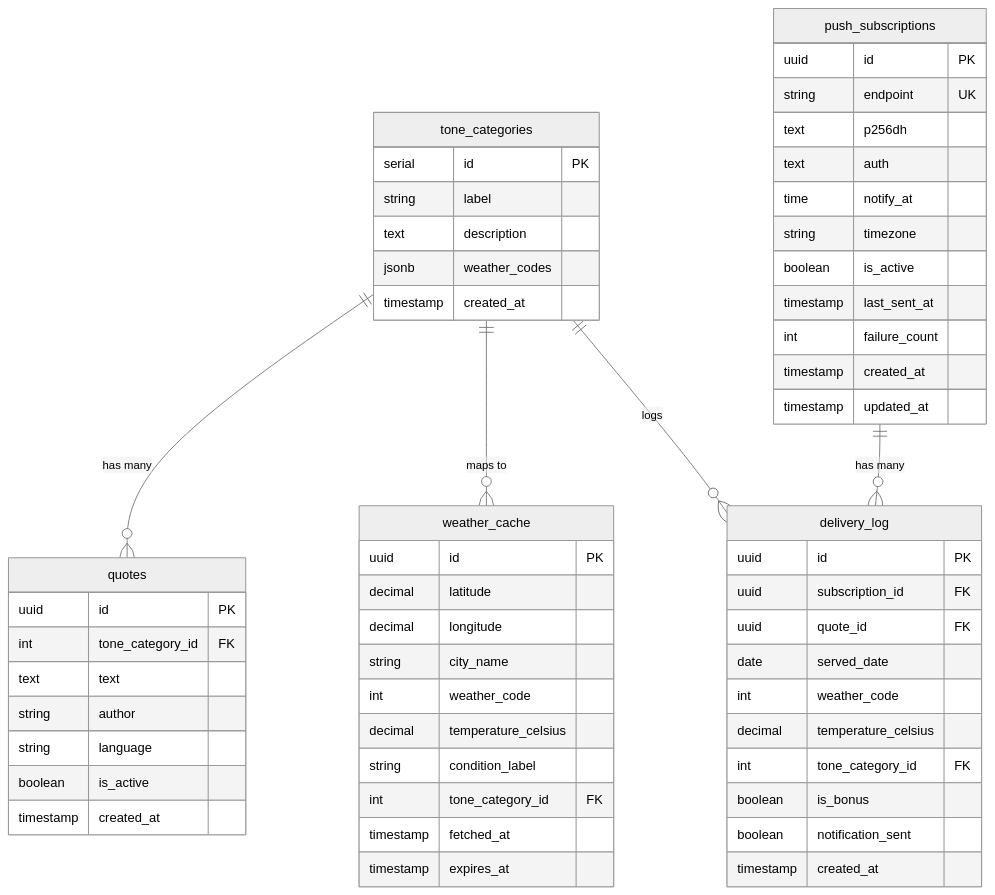
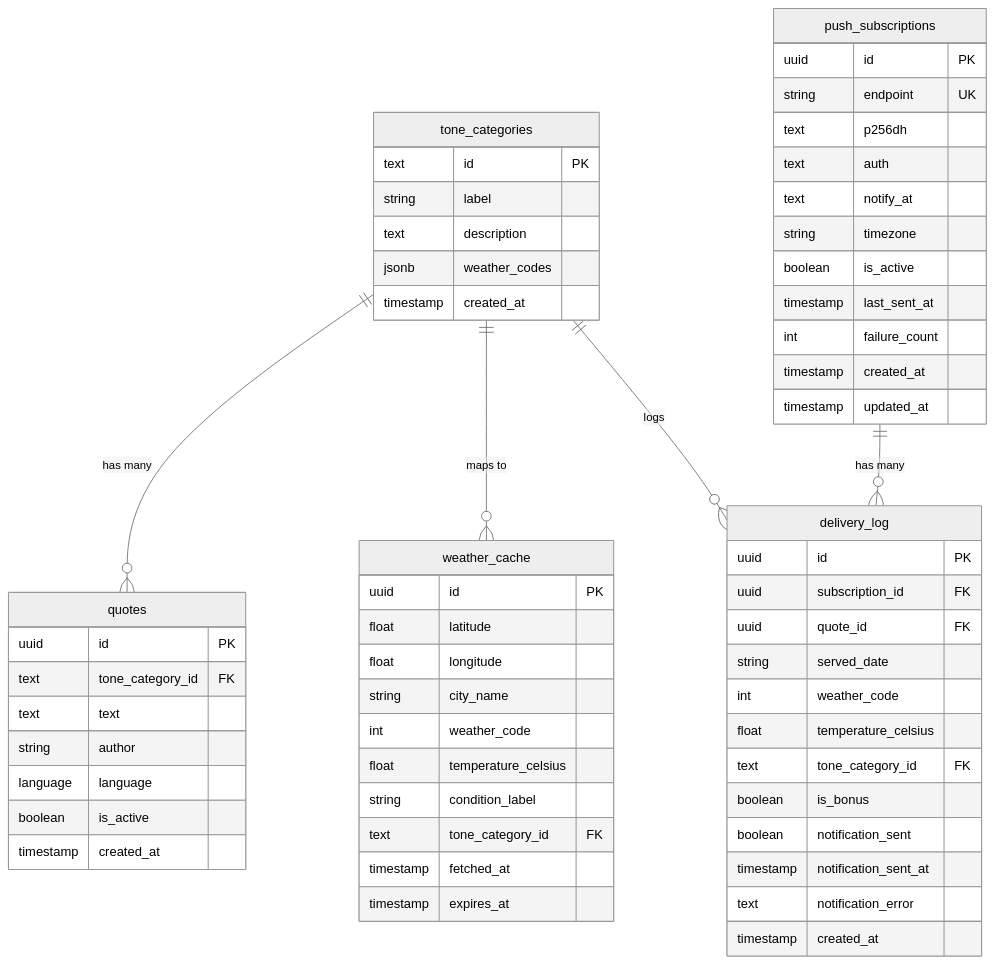
The diagram in docs/database.md (RobertKeithJ/dawncast), drawn with Mermaid (neutral theme) before and after one commit. The commit also changed other lines of this file and 11 other files, not shown here.

````diff
--- a/docs/database.md
+++ b/docs/database.md
@@ -5,65 +5,67 @@
 ```mermaid
 erDiagram
     tone_categories ||--o{ quotes : "has many"
     push_subscriptions ||--o{ delivery_log : "has many"
     tone_categories ||--o{ weather_cache : "maps to"
     tone_categories ||--o{ delivery_log : "logs"
 
     tone_categories {
-        serial id PK
+        text id PK
         string label
         text description
         jsonb weather_codes
         timestamp created_at
     }
 
     quotes {
         uuid id PK
-        int tone_category_id FK
+        text tone_category_id FK
         text text
         string author
-        string language
+        language language
         boolean is_active
         timestamp created_at
     }
 
     push_subscriptions {
         uuid id PK
         string endpoint UK
         text p256dh
         text auth
-        time notify_at
+        text notify_at
         string timezone
         boolean is_active
         timestamp last_sent_at
         int failure_count
         timestamp created_at
         timestamp updated_at
     }
 
     delivery_log {
         uuid id PK
         uuid subscription_id FK
         uuid quote_id FK
-        date served_date
+        string served_date
         int weather_code
-        decimal temperature_celsius
-        int tone_category_id FK
+        float temperature_celsius
+        text tone_category_id FK
         boolean is_bonus
         boolean notification_sent
+        timestamp notification_sent_at
+        text notification_error
         timestamp created_at
     }
 
     weather_cache {
         uuid id PK
-        decimal latitude
-        decimal longitude
+        float latitude
+        float longitude
         string city_name
         int weather_code
-        decimal temperature_celsius
+        float temperature_celsius
         string condition_label
-        int tone_category_id FK
+        text tone_category_id FK
         timestamp fetched_at
         timestamp expires_at
     }
 ```
````
